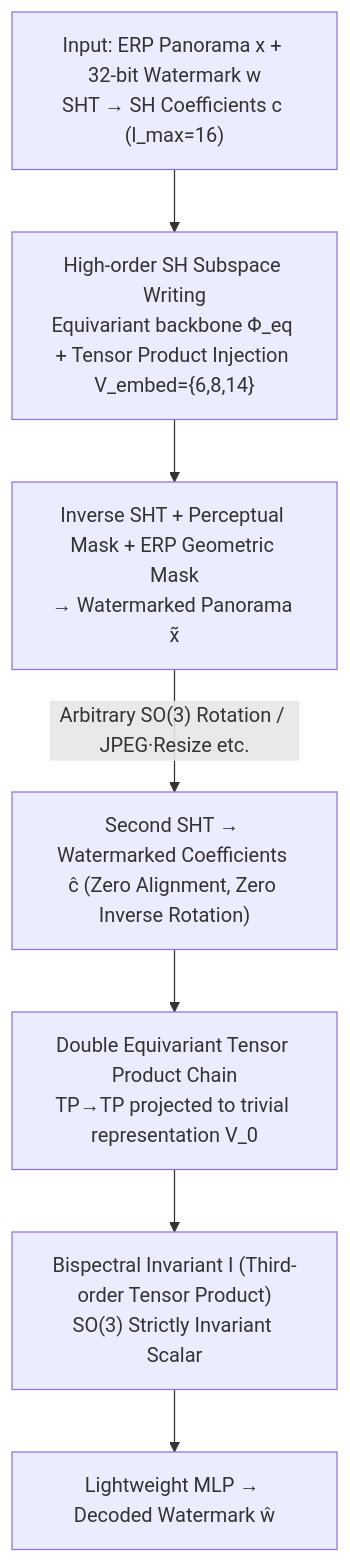
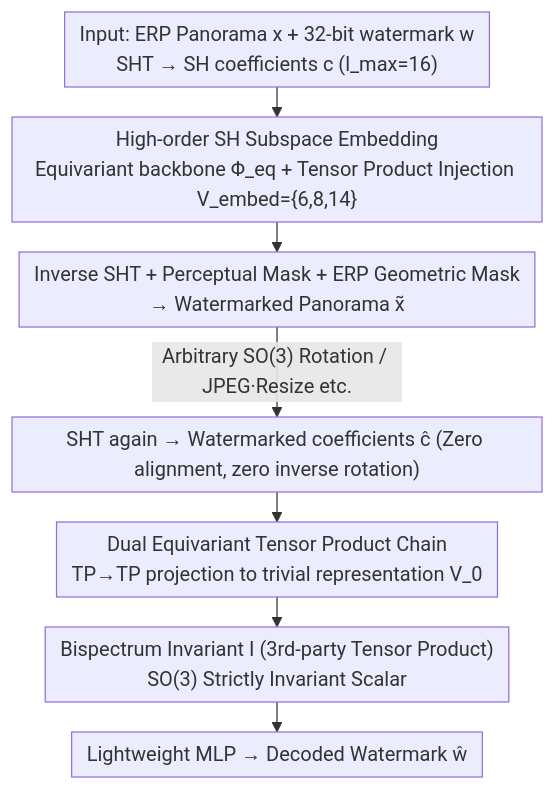
The diagram in docs/ICML2026/ai_safety/rotation-invariant_spherical_watermarking_via_third-order_so3_representation_cou.md (zhaoyang97/Paper-Notes-en), drawn with Mermaid before and after one commit. The commit also changed other lines of this file and 5084 other files, not shown here.

````diff
--- a/docs/ICML2026/ai_safety/rotation-invariant_spherical_watermarking_via_third-order_so3_representation_cou.md
+++ b/docs/ICML2026/ai_safety/rotation-invariant_spherical_watermarking_via_third-order_so3_representation_cou.md
@@ -42,9 +42,10 @@
 ```mermaid
-graph TD
-    A["Input: ERP Panorama x + 32-bit Watermark w<br/>SHT → SH Coefficients c (l_max=16)"] --> B["High-order SH Subspace Writing<br/>Equivariant backbone Φ_eq + Tensor Product Injection V_embed={6,8,14}"]
+%%{init: {'flowchart': {'rankSpacing': 24, 'nodeSpacing': 28, 'padding': 6, 'wrappingWidth': 400}}}%%
+flowchart TD
+    A["Input: ERP Panorama x + 32-bit watermark w<br/>SHT → SH coefficients c (l_max=16)"] --> B["High-order SH Subspace Embedding<br/>Equivariant backbone Φ_eq + Tensor Product Injection V_embed={6,8,14}"]
     B --> C["Inverse SHT + Perceptual Mask + ERP Geometric Mask<br/>→ Watermarked Panorama x̃"]
-    C -->|"Arbitrary SO(3) Rotation / JPEG·Resize etc."| D["Second SHT → Watermarked Coefficients ĉ (Zero Alignment, Zero Inverse Rotation)"]
-    D --> E["Double Equivariant Tensor Product Chain<br/>TP→TP projected to trivial representation V_0"]
-    E --> F["Bispectral Invariant I (Third-order Tensor Product)<br/>SO(3) Strictly Invariant Scalar"]
+    C -->|"Arbitrary SO(3) Rotation / JPEG·Resize etc."| D["SHT again → Watermarked coefficients ĉ (Zero alignment, zero inverse rotation)"]
+    D --> E["Dual Equivariant Tensor Product Chain<br/>TP→TP projection to trivial representation V_0"]
+    E --> F["Bispectrum Invariant I (3rd-party Tensor Product)<br/>SO(3) Strictly Invariant Scalar"]
     F --> G["Lightweight MLP → Decoded Watermark ŵ"]
 ```
````
